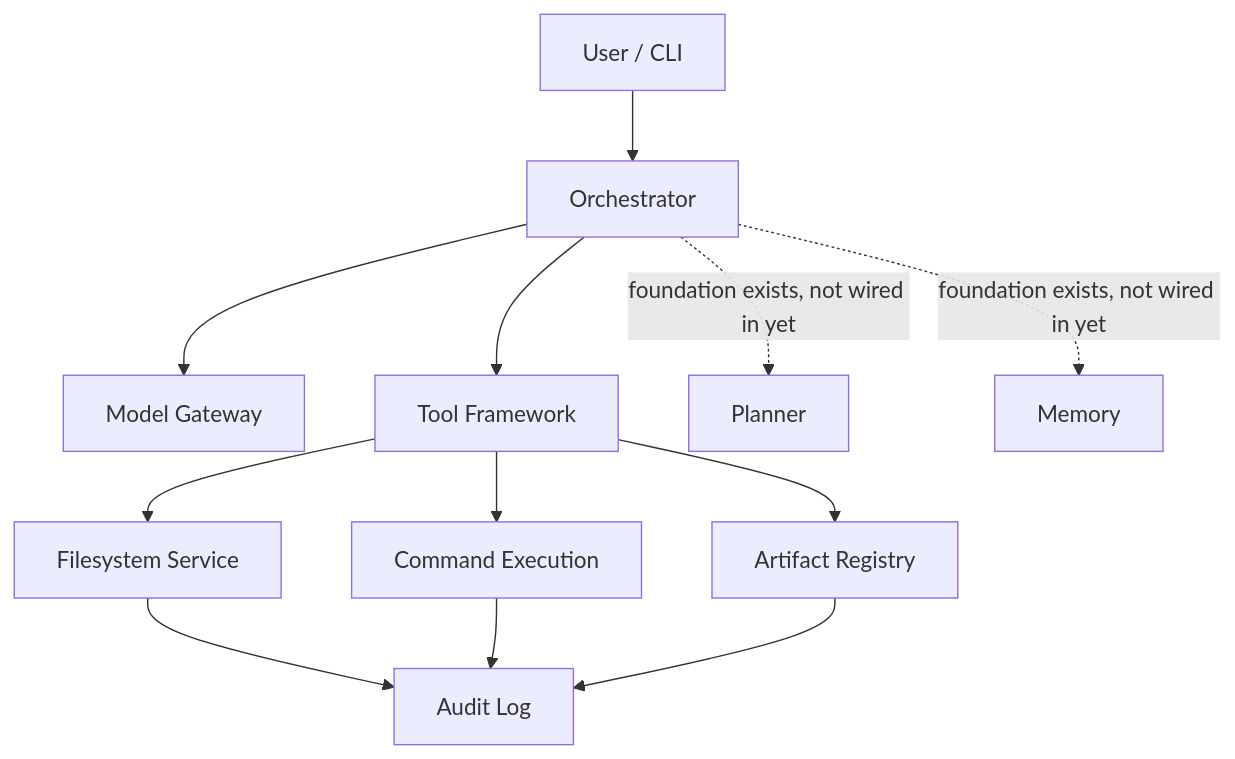
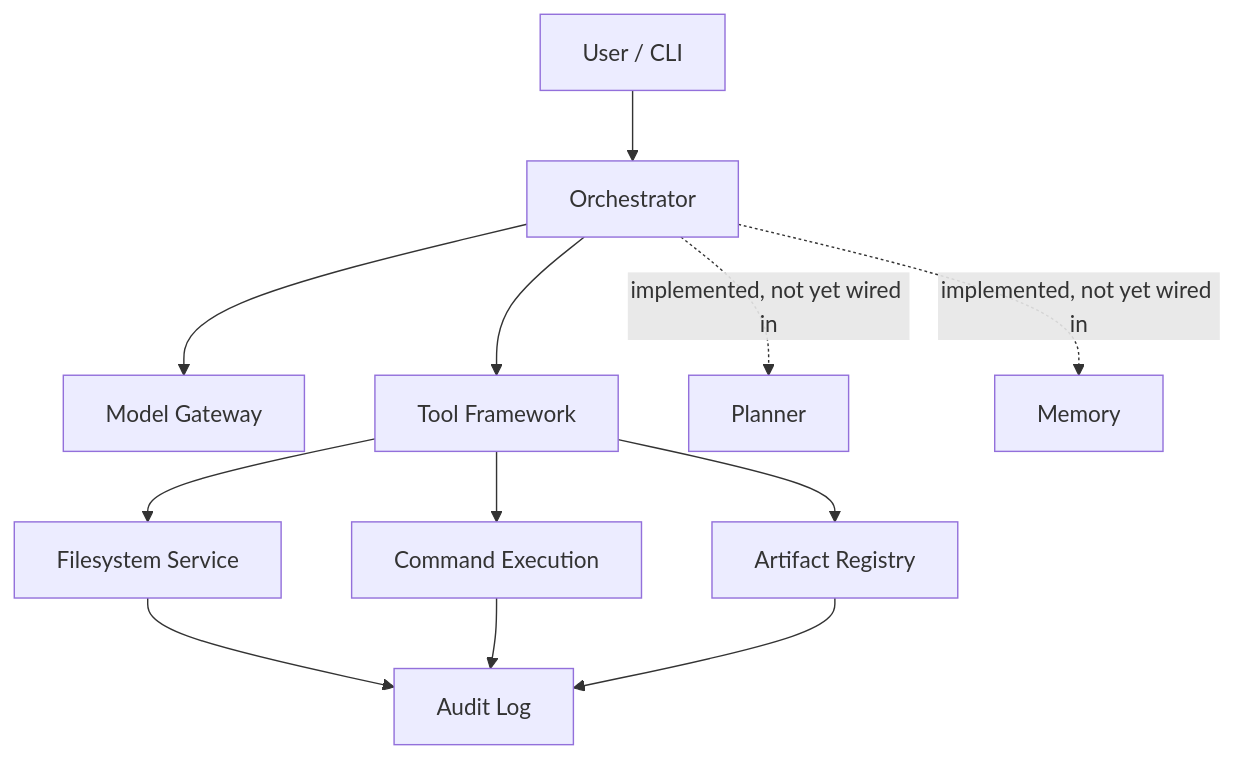
One commit to neural-agi/Qwen3-Coder-Next changed the diagram in README.md. Above: the diagram before and after it, drawn with Mermaid. The commit also changed other lines of this file, not shown here.

````diff
--- a/README.md
+++ b/README.md
@@ -50,14 +51,14 @@
 ```mermaid
 flowchart TD
     U[User / CLI] --> O[Orchestrator]
     O --> MG[Model Gateway]
     O --> TF[Tool Framework]
     TF --> FS[Filesystem Service]
     TF --> CMD[Command Execution]
     TF --> AR[Artifact Registry]
     FS --> AL[Audit Log]
     CMD --> AL
     AR --> AL
-    O -.->|foundation exists, not wired in yet| PL[Planner]
-    O -.->|foundation exists, not wired in yet| MEM[Memory]
+    O -.->|implemented, not yet wired in| PL[Planner]
+    O -.->|implemented, not yet wired in| MEM[Memory]
 ```
````
